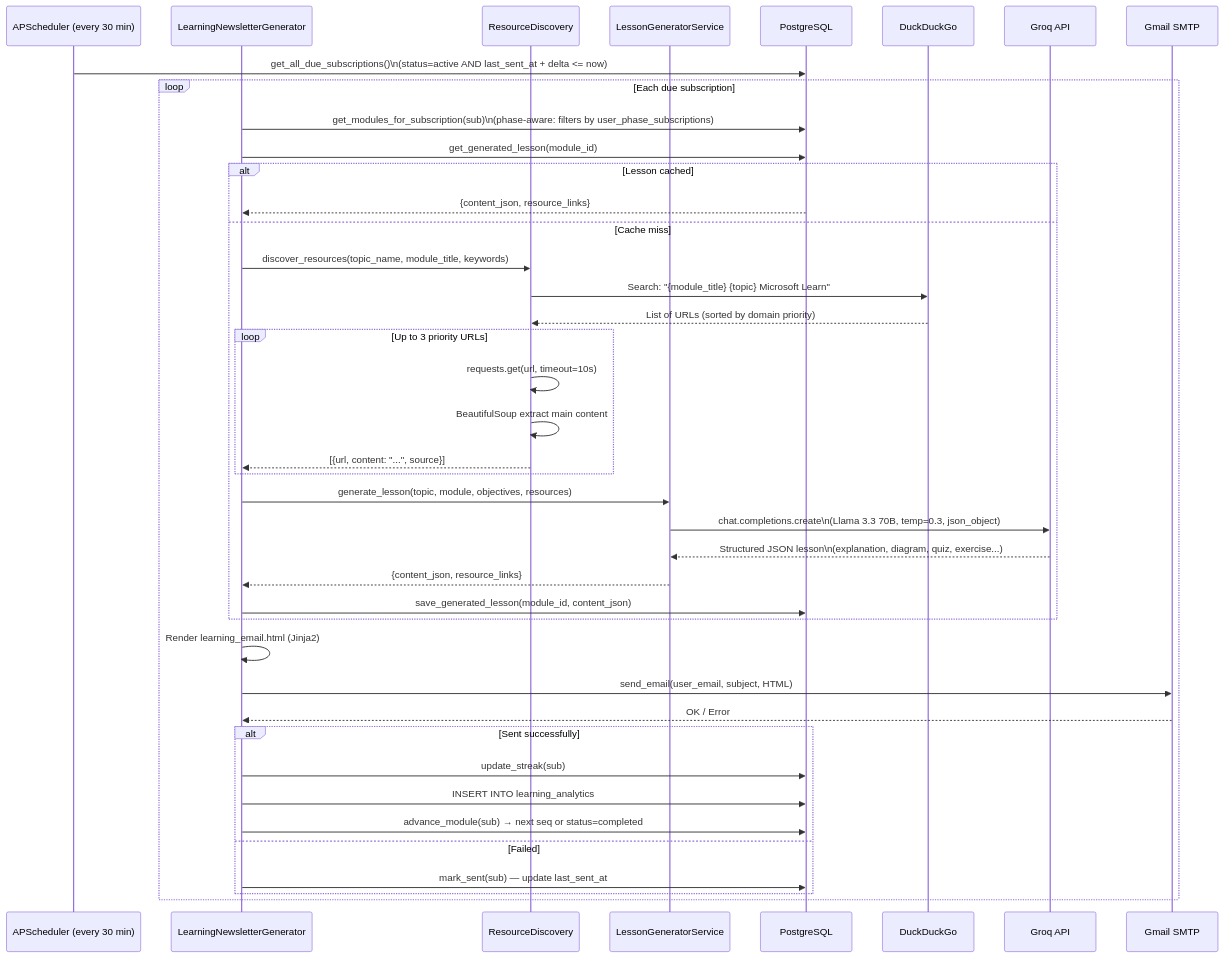
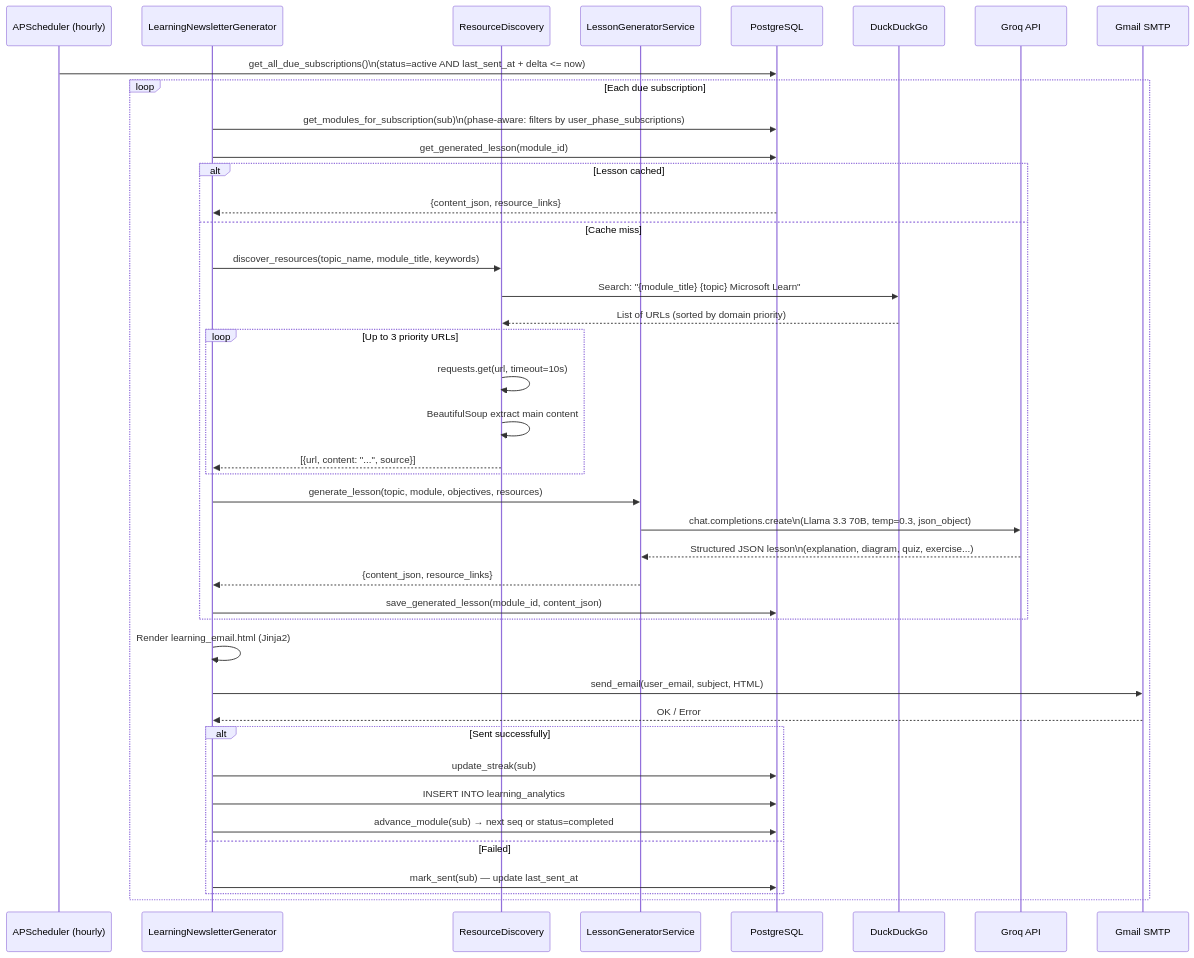
One commit to kiro39498-tech/MS-Learn-Digest changed the sixth of 7 diagrams in docs/sequence_diagrams.md. Above: the diagram before and after it, drawn with Mermaid. The commit also changed other lines of this file and 48 other files, not shown here.

````diff
--- a/docs/sequence_diagrams.md
+++ b/docs/sequence_diagrams.md
@@ -231,44 +231,44 @@
 ```mermaid
 sequenceDiagram
-    participant SCH as APScheduler (every 30 min)
+    participant SCH as APScheduler (hourly)
     participant LNG as LearningNewsletterGenerator
     participant RD as ResourceDiscovery
     participant LS as LessonGeneratorService
     participant DB as PostgreSQL
     participant DDG as DuckDuckGo
     participant GR as Groq API
     participant SMTP as Gmail SMTP
 
     SCH->>DB: get_all_due_subscriptions()\n(status=active AND last_sent_at + delta <= now)
     loop Each due subscription
         LNG->>DB: get_modules_for_subscription(sub)\n(phase-aware: filters by user_phase_subscriptions)
         LNG->>DB: get_generated_lesson(module_id)
         alt Lesson cached
             DB-->>LNG: {content_json, resource_links}
         else Cache miss
             LNG->>RD: discover_resources(topic_name, module_title, keywords)
             RD->>DDG: Search: "{module_title} {topic} Microsoft Learn"
             DDG-->>RD: List of URLs (sorted by domain priority)
             loop Up to 3 priority URLs
                 RD->>RD: requests.get(url, timeout=10s)
                 RD->>RD: BeautifulSoup extract main content
                 RD-->>LNG: [{url, content: "...", source}]
             end
             LNG->>LS: generate_lesson(topic, module, objectives, resources)
             LS->>GR: chat.completions.create\n(Llama 3.3 70B, temp=0.3, json_object)
             GR-->>LS: Structured JSON lesson\n(explanation, diagram, quiz, exercise...)
             LS-->>LNG: {content_json, resource_links}
             LNG->>DB: save_generated_lesson(module_id, content_json)
         end
         LNG->>LNG: Render learning_email.html (Jinja2)
         LNG->>SMTP: send_email(user_email, subject, HTML)
         SMTP-->>LNG: OK / Error
         alt Sent successfully
             LNG->>DB: update_streak(sub)
             LNG->>DB: INSERT INTO learning_analytics
             LNG->>DB: advance_module(sub) → next seq or status=completed
         else Failed
             LNG->>DB: mark_sent(sub) — update last_sent_at
         end
     end
 ```
````
